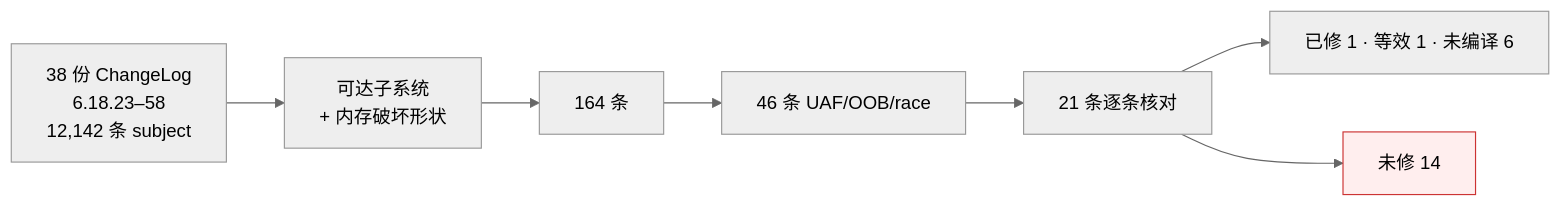
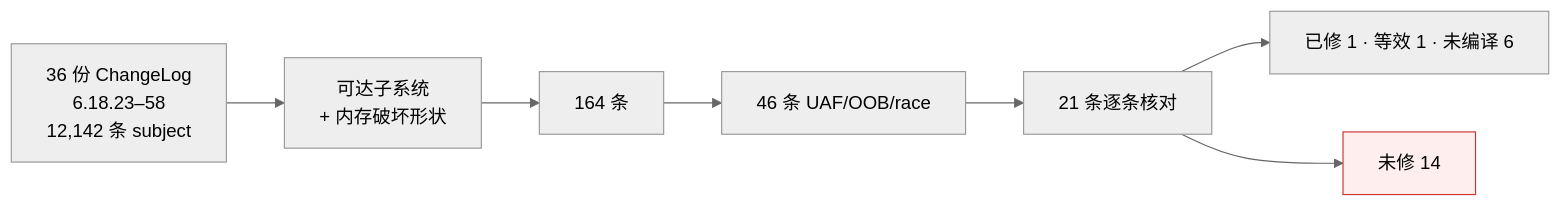
Before and after one commit to Ronnie15143/lhasa-research: the second of 2 diagrams in docs/SUMMARY.md, drawn with Mermaid (neutral theme). The commit also changed 2 other files, not shown here.

Commit message:
docs: correct the changelog count (6.18.23-6.18.58 is 36 releases, not 38)

````diff
--- a/docs/SUMMARY.md
+++ b/docs/SUMMARY.md
@@ -43,10 +43,10 @@
 ```mermaid
 flowchart LR
-    A["38 份 ChangeLog<br/>6.18.23–58<br/>12,142 条 subject"] --> B["可达子系统<br/>+ 内存破坏形状"]
+    A["36 份 ChangeLog<br/>6.18.23–58<br/>12,142 条 subject"] --> B["可达子系统<br/>+ 内存破坏形状"]
     B --> C["164 条"]
     C --> D["46 条 UAF/OOB/race"]
     D --> E["21 条逐条核对"]
     E --> F["已修 1 · 等效 1 · 未编译 6"]
     E --> G["未修 14"]
     style G fill:#fee,stroke:#c33
 ```
````
